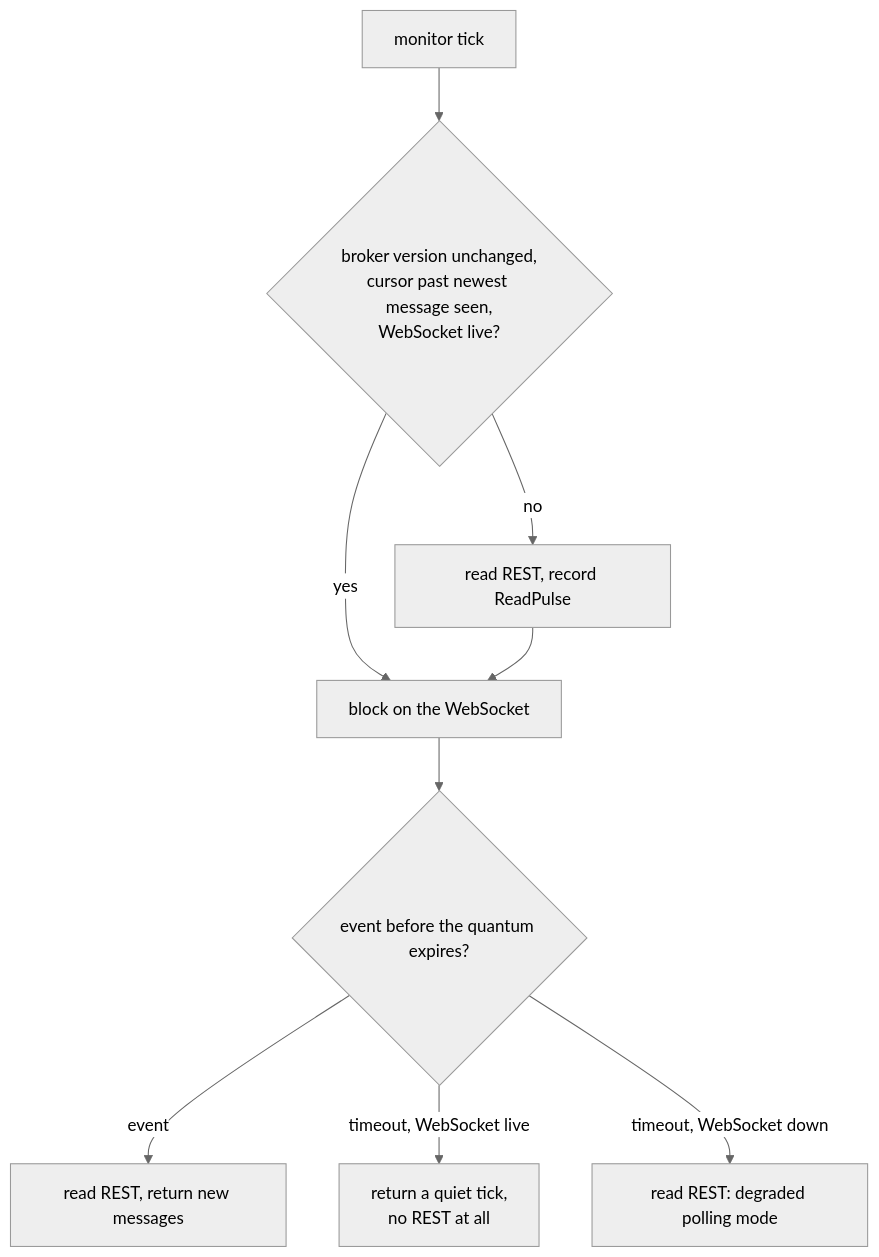
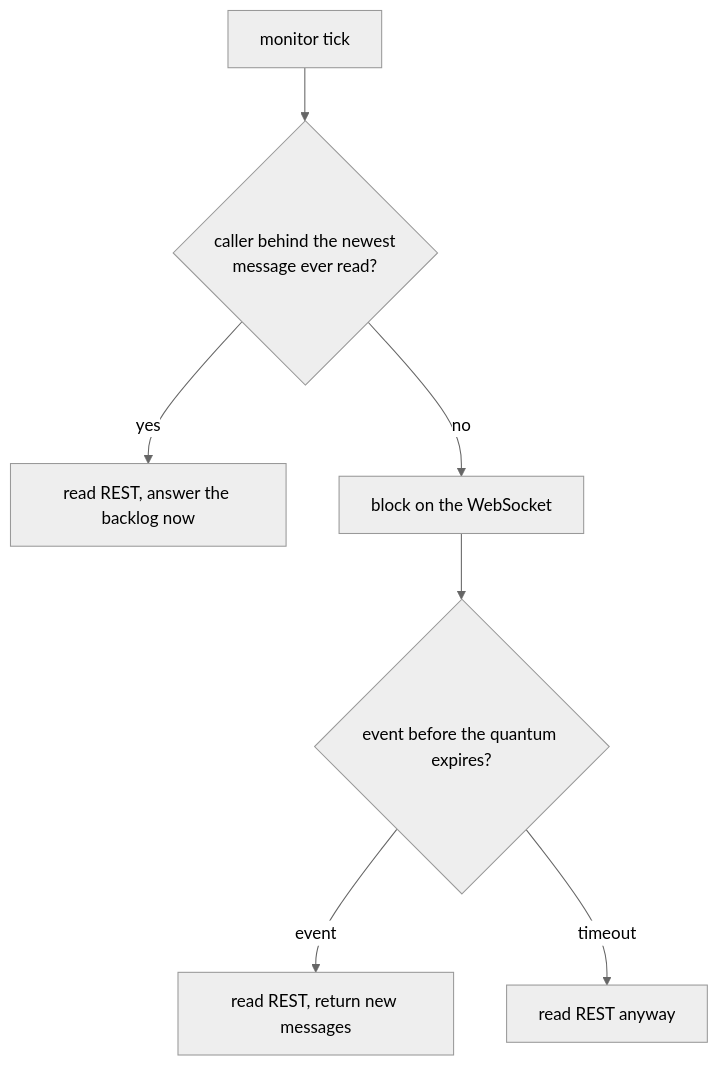
One commit to band-ai/band-sdk-python changed the fifth of 5 diagrams in docs/adapters/claude_desktop_agent_architecture.md. Above: the diagram before and after it, drawn with Mermaid (neutral theme). The commit also changed other lines of this file and 2 other files, not shown here.

````diff
--- a/docs/adapters/claude_desktop_agent_architecture.md
+++ b/docs/adapters/claude_desktop_agent_architecture.md
@@ -222,11 +222,9 @@
 ```mermaid
 flowchart TD
-    T["monitor tick"] --> Q{"broker version unchanged,<br/>cursor past newest message seen,<br/>WebSocket live?"}
-    Q -->|"no"| R["read REST, record ReadPulse"]
-    Q -->|"yes"| W["block on the WebSocket"]
-    R --> W
+    T["monitor tick"] --> Q{"caller behind the newest<br/>message ever read?"}
+    Q -->|"yes"| R["read REST, answer the backlog now"]
+    Q -->|"no"| W["block on the WebSocket"]
     W --> E{"event before the quantum expires?"}
     E -->|"event"| R2["read REST, return new messages"]
-    E -->|"timeout, WebSocket live"| Z["return a quiet tick,<br/>no REST at all"]
-    E -->|"timeout, WebSocket down"| R3["read REST: degraded polling mode"]
+    E -->|"timeout"| R3["read REST anyway"]
 ```
````
